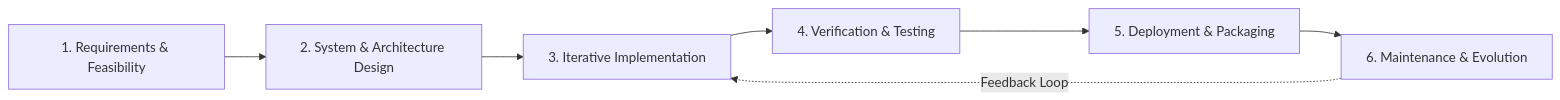
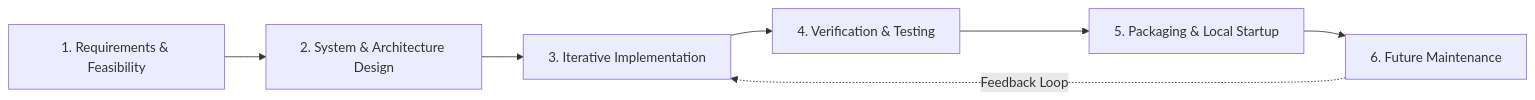
Before and after one commit to piyushuttamsawant99-hub/Algorithms-Hub: the first of 7 diagrams in FINAL_PROJECT_REPORT_SUBMISSION/FINAL_PROJECT_REPORT.md, drawn with Mermaid. The commit also changed other lines of this file and 21 other files, not shown here.

````diff
--- a/FINAL_PROJECT_REPORT_SUBMISSION/FINAL_PROJECT_REPORT.md
+++ b/FINAL_PROJECT_REPORT_SUBMISSION/FINAL_PROJECT_REPORT.md
@@ -234,9 +222,9 @@
 ```mermaid
 flowchart LR
     A["1. Requirements & Feasibility"] --> B["2. System & Architecture Design"]
     B --> C["3. Iterative Implementation"]
     C --> D["4. Verification & Testing"]
-    D --> E["5. Deployment & Packaging"]
-    E --> F["6. Maintenance & Evolution"]
+    D --> E["5. Packaging & Local Startup"]
+    E --> F["6. Future Maintenance"]
     F -. Feedback Loop .-> C
 ```
````
